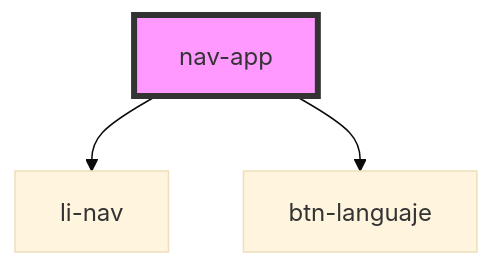
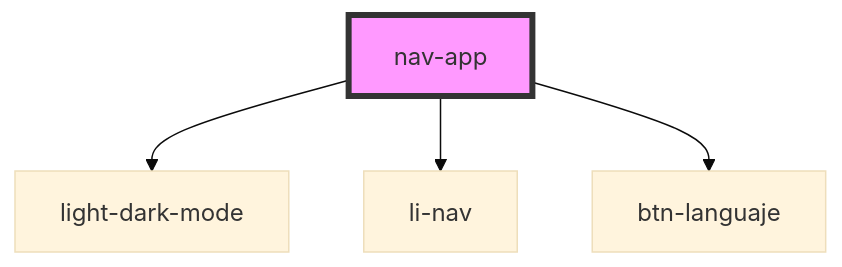
The diagram in stencil-library/src/components/nav-app/readme.md (ipozuelo/microfront-single-spa), drawn with Mermaid (base theme) before and after one commit. The commit also changed other lines of this file and 93 other files, not shown here.

````diff
--- a/stencil-library/src/components/nav-app/readme.md
+++ b/stencil-library/src/components/nav-app/readme.md
@@ -25,6 +28,7 @@
 ```mermaid
 graph TD;
+  nav-app --> light-dark-mode
   nav-app --> li-nav
   nav-app --> btn-languaje
   style nav-app fill:#f9f,stroke:#333,stroke-width:4px
 ```
````
